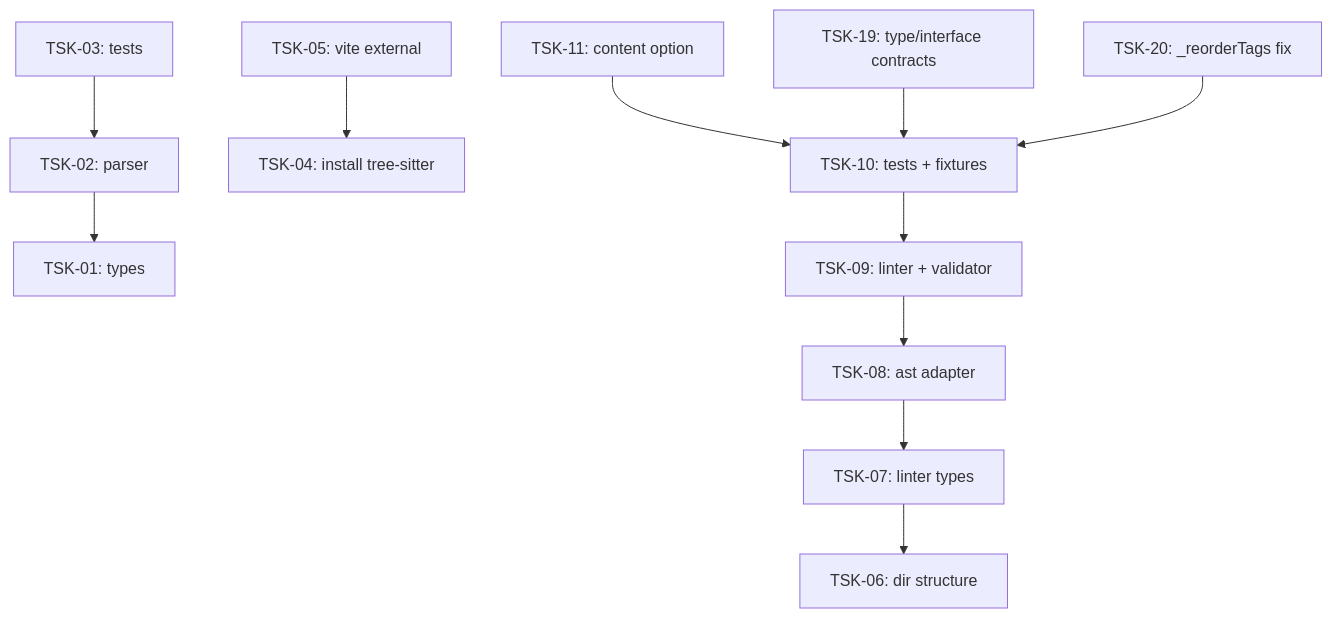
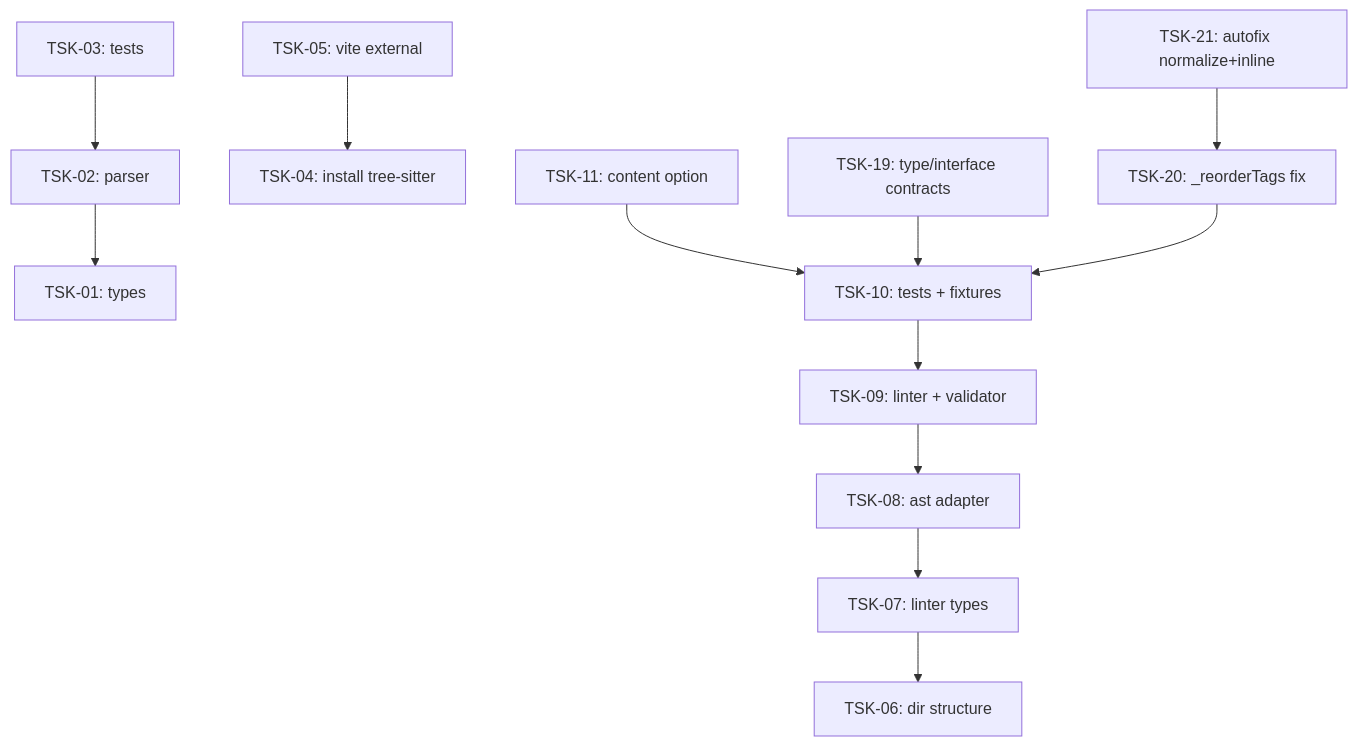
The diagram in tasks/dbc/README.md (RubaXa/gennady), drawn with Mermaid before and after one commit. The commit also changed other lines of this file and 104 other files, not shown here.

````diff
--- a/tasks/dbc/README.md
+++ b/tasks/dbc/README.md
@@ -29,26 +29,28 @@
 ```mermaid
 graph TD
     TSK-01[TSK-01: types]
     TSK-02[TSK-02: parser]
     TSK-03[TSK-03: tests]
     TSK-02 --> TSK-01
     TSK-03 --> TSK-02
     TSK-04[TSK-04: install tree-sitter]
     TSK-05[TSK-05: vite external]
     TSK-06[TSK-06: dir structure]
     TSK-07[TSK-07: linter types]
     TSK-08[TSK-08: ast adapter]
     TSK-09[TSK-09: linter + validator]
     TSK-10[TSK-10: tests + fixtures]
     TSK-05 --> TSK-04
     TSK-07 --> TSK-06
     TSK-08 --> TSK-07
     TSK-09 --> TSK-08
     TSK-10 --> TSK-09
     TSK-11[TSK-11: content option]
     TSK-11 --> TSK-10
     TSK-19[TSK-19: type/interface contracts]
     TSK-19 --> TSK-10
     TSK-20[TSK-20: _reorderTags fix]
     TSK-20 --> TSK-10
+    TSK-21[TSK-21: autofix normalize+inline]
+    TSK-21 --> TSK-20
 ```
````
